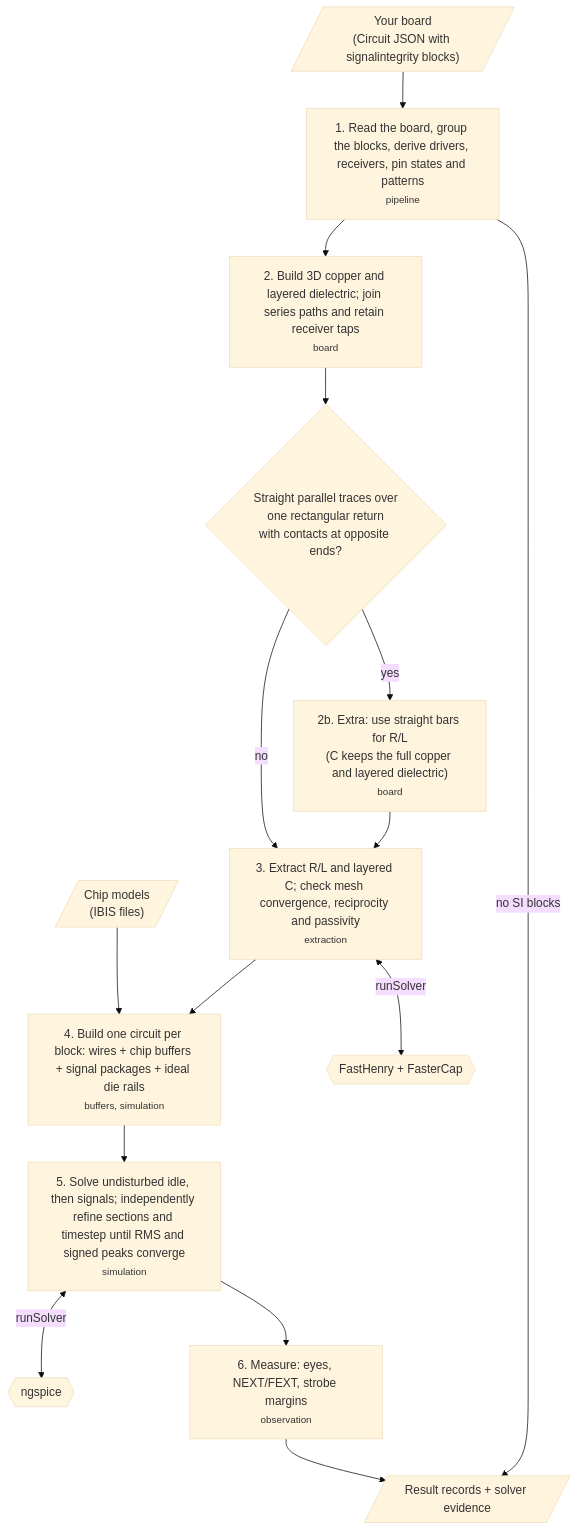
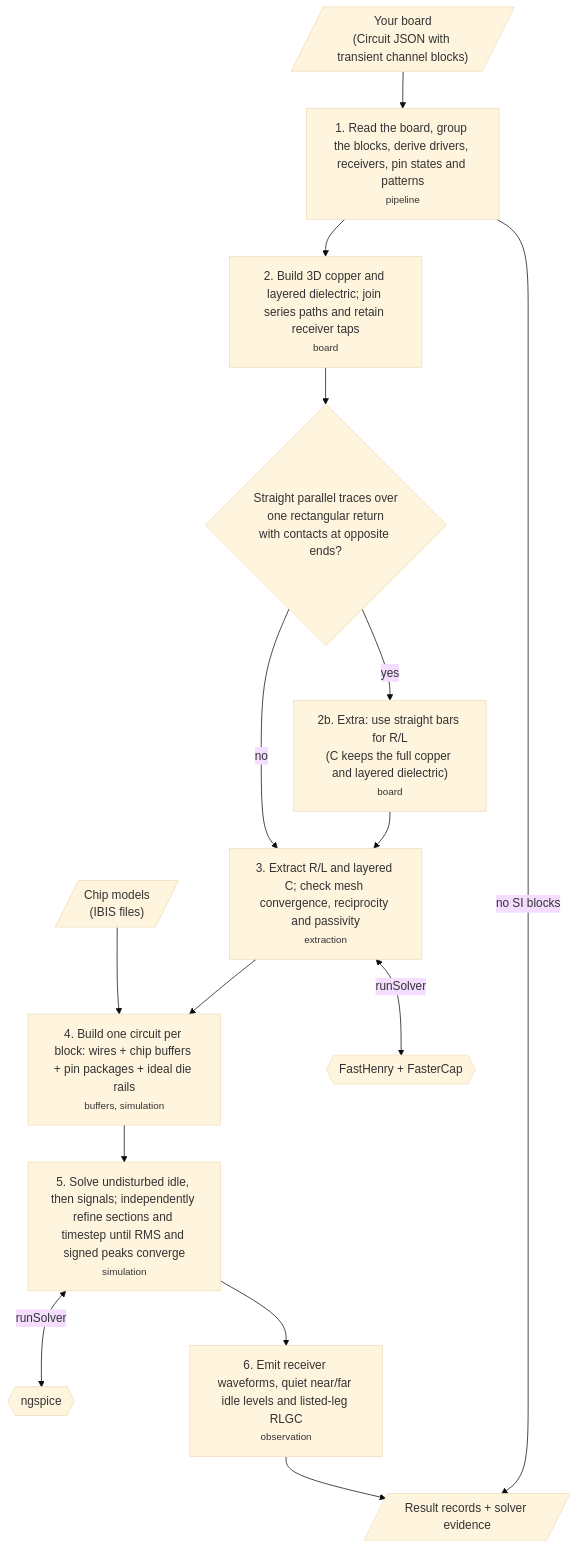
The first of 2 diagrams in README.md (tscircuit/pcb-spice-pipeline), drawn with Mermaid (base theme) before and after one commit. The commit also changed other lines of this file and 98 other files, not shown here.

````diff
--- a/README.md
+++ b/README.md
@@ -62,17 +64,17 @@
 ```mermaid
 flowchart TD
-  board[/"Your board<br/>(Circuit JSON with signalintegrity blocks)"/] --> s1["1. Read the board, group the blocks, derive drivers, receivers, pin states and patterns<br/><small>pipeline</small>"]
+  board[/"Your board<br/>(Circuit JSON with transient channel blocks)"/] --> s1["1. Read the board, group the blocks, derive drivers, receivers, pin states and patterns<br/><small>pipeline</small>"]
   chips[/"Chip models<br/>(IBIS files)"/] --> s4
   s1 --> s2["2. Build 3D copper and layered dielectric; join series paths and retain receiver taps<br/><small>board</small>"]
   s2 --> q{"Straight parallel traces over<br/>one rectangular return<br/>with contacts at opposite ends?"}
   q -->|"yes"| s2b["2b. Extra: use straight bars for R/L<br/>(C keeps the full copper and layered dielectric)<br/><small>board</small>"]
   q -->|"no"| s3
   s2b --> s3["3. Extract R/L and layered C; check mesh convergence, reciprocity and passivity<br/><small>extraction</small>"]
   s3 <-->|"runSolver"| fs{{"FastHenry + FasterCap"}}
-  s3 --> s4["4. Build one circuit per block: wires + chip buffers + signal packages + ideal die rails<br/><small>buffers, simulation</small>"]
+  s3 --> s4["4. Build one circuit per block: wires + chip buffers + pin packages + ideal die rails<br/><small>buffers, simulation</small>"]
   s4 --> s5["5. Solve undisturbed idle, then signals; independently refine sections and timestep until RMS and signed peaks converge<br/><small>simulation</small>"]
   s5 <-->|"runSolver"| ng{{"ngspice"}}
-  s5 --> s6["6. Measure: eyes, NEXT/FEXT, strobe margins<br/><small>observation</small>"]
+  s5 --> s6["6. Emit receiver waveforms, quiet near/far idle levels and listed-leg RLGC<br/><small>observation</small>"]
   s6 --> out[/"Result records + solver evidence"/]
   s1 -->|"no SI blocks"| out
 ```
````
